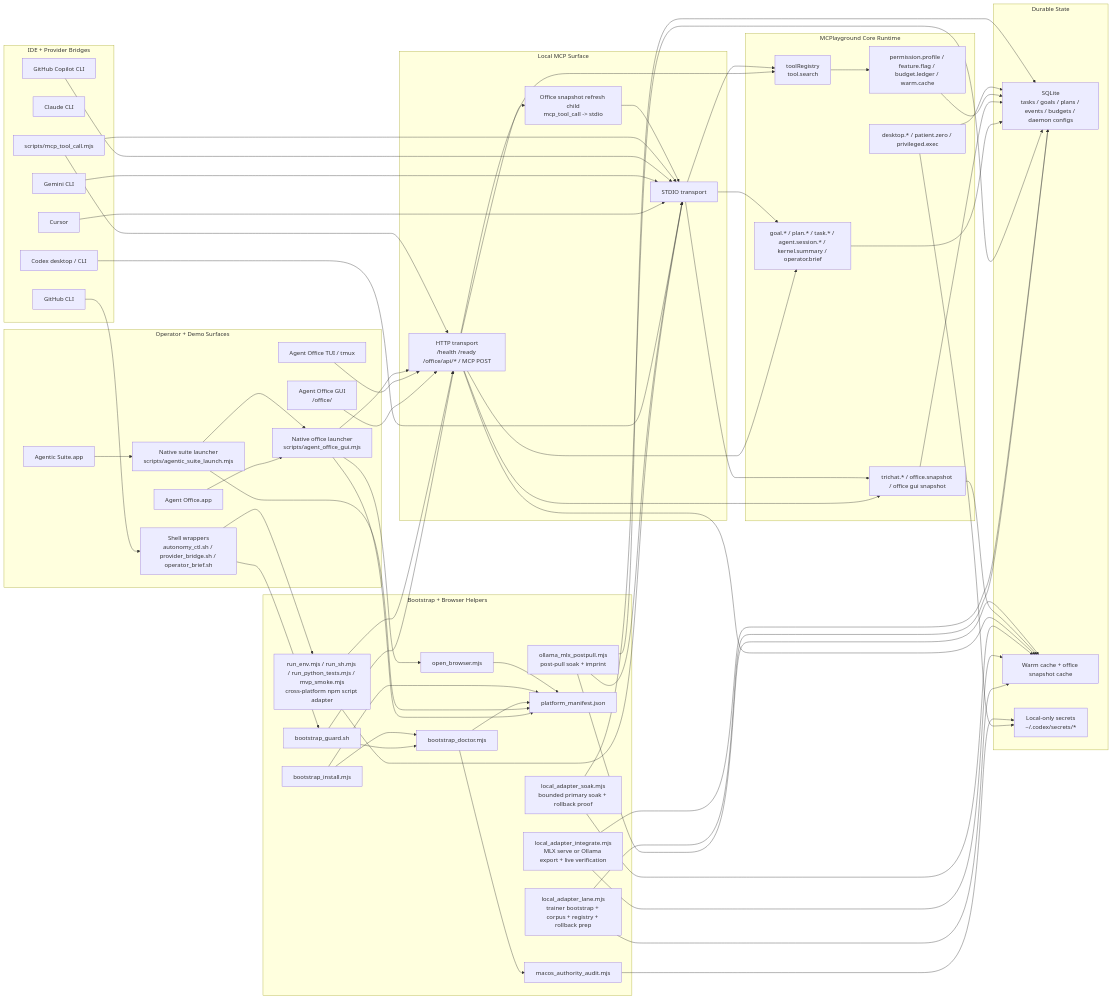
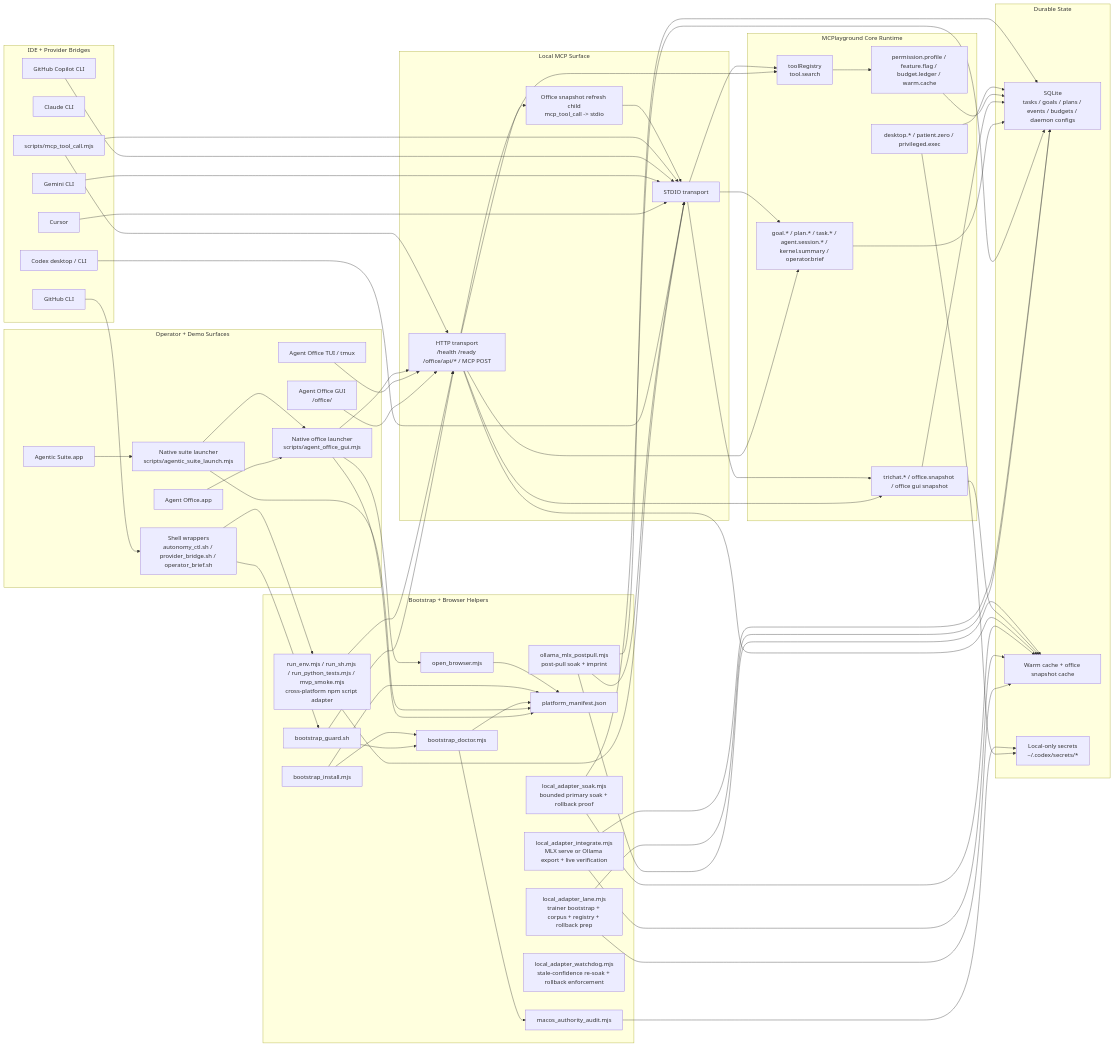
Before and after one commit to driverd12/MASTER-MOLD: the first of 6 diagrams in docs/SYSTEM_INTERCONNECTS.md, drawn with Mermaid. The commit also changed other lines of this file and 10 other files, not shown here.

Commit message:
Add primary adapter watchdog enforcement

```diff
--- a/docs/SYSTEM_INTERCONNECTS.md
+++ b/docs/SYSTEM_INTERCONNECTS.md
@@ -30,6 +30,7 @@
     TrainLane["local_adapter_lane.mjs<br/>trainer bootstrap + corpus + registry + rollback prep"]
     IntegrateLane["local_adapter_integrate.mjs<br/>MLX serve or Ollama export + live verification"]
     SoakLane["local_adapter_soak.mjs<br/>bounded primary soak + rollback proof"]
+    WatchdogLane["local_adapter_watchdog.mjs<br/>stale-confidence re-soak + rollback enforcement"]
   end
 
   subgraph ClientBridges["IDE + Provider Bridges"]
```
